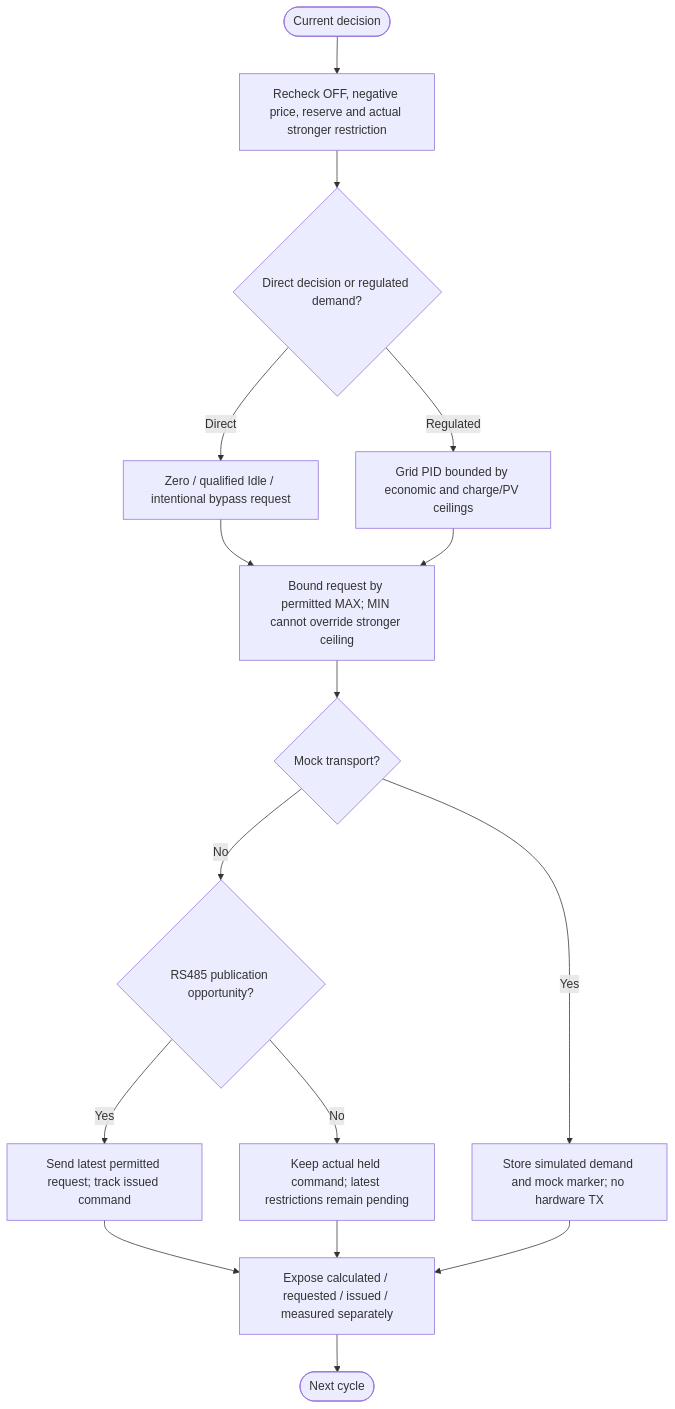
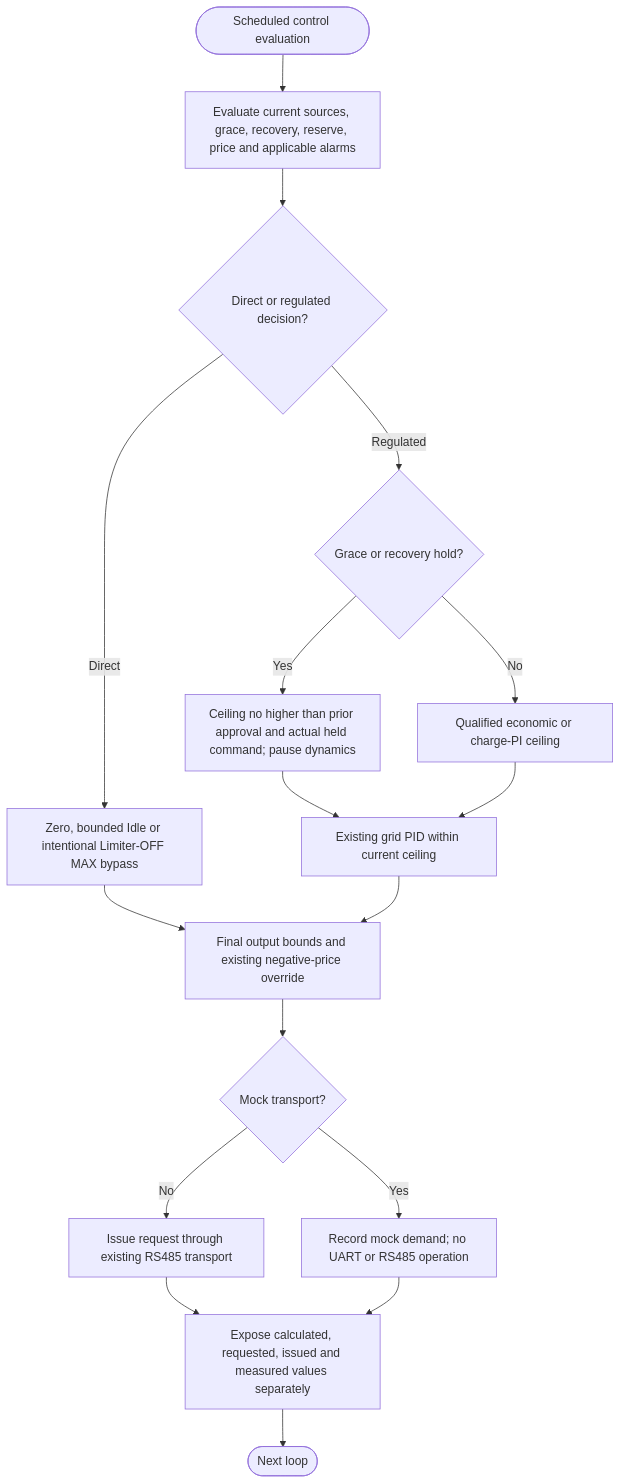
Before and after one commit to vitalyruhl/SolarInverterLimiter: the diagram in docs/control-planning/08-command-and-feedback.md, drawn with Mermaid. The commit also changed other lines of this file and 36 other files, not shown here.

````diff
--- a/docs/control-planning/08-command-and-feedback.md
+++ b/docs/control-planning/08-command-and-feedback.md
@@ -14,18 +12,19 @@
 ```mermaid
 flowchart TD
-  DEC([Current decision]) --> STOP["Recheck OFF, negative price, reserve and actual stronger restriction"]
-  STOP --> PATH{Direct decision or regulated demand?}
-  PATH -- Direct --> DIRECT["Zero / qualified Idle / intentional bypass request"]
-  PATH -- Regulated --> PID["Grid PID bounded by economic and charge/PV ceilings"]
-  DIRECT --> LIMIT["Bound request by permitted MAX; MIN cannot override stronger ceiling"]
+  TICK([Scheduled control evaluation]) --> DEC["Evaluate current sources, grace, recovery, reserve, price and applicable alarms"]
+  DEC --> PATH{"Direct or regulated decision?"}
+  PATH -- Direct --> DIRECT["Zero, bounded Idle or intentional Limiter-OFF MAX bypass"]
+  PATH -- Regulated --> HOLD{"Grace or recovery hold?"}
+  HOLD -- Yes --> CAP["Ceiling no higher than prior approval and actual held command; pause dynamics"]
+  HOLD -- No --> NORMAL["Qualified economic or charge-PI ceiling"]
+  CAP --> PID["Existing grid PID within current ceiling"]
+  NORMAL --> PID
+  DIRECT --> LIMIT["Final output bounds and existing negative-price override"]
   PID --> LIMIT
-  LIMIT --> MODE{Mock transport?}
-  MODE -- Yes --> MOCK["Store simulated demand and mock marker; no hardware TX"]
-  MODE -- No --> CAD{RS485 publication opportunity?}
-  CAD -- No --> HELD["Keep actual held command; latest restrictions remain pending"]
-  CAD -- Yes --> TX["Send latest permitted request; track issued command"]
-  TX --> VIEW["Expose calculated / requested / issued / measured separately"]
-  HELD --> VIEW
+  LIMIT --> MODE{"Mock transport?"}
+  MODE -- Yes --> MOCK["Record mock demand; no UART or RS485 operation"]
+  MODE -- No --> TX["Issue request through existing RS485 transport"]
+  TX --> VIEW["Expose calculated, requested, issued and measured values separately"]
   MOCK --> VIEW
-  VIEW --> END([Next cycle])
+  VIEW --> END([Next loop])
 ```
````
